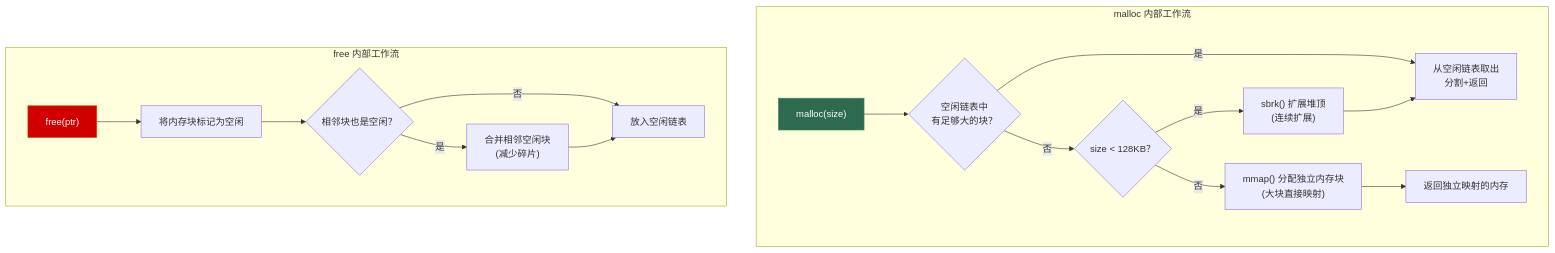
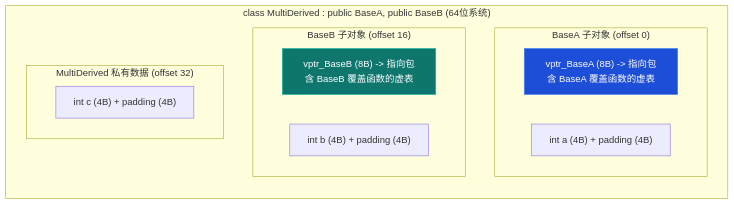
The second of 2 diagrams in src/content/posts/cpp_deep_dive/01_memory_model.md (Lumivers/firefly), drawn with Mermaid before and after one commit. The commit also changed other lines of this file and 18 other files, not shown here.

````diff
--- a/src/content/posts/cpp_deep_dive/01_memory_model.md
+++ b/src/content/posts/cpp_deep_dive/01_memory_model.md
@@ -631,23 +140,19 @@
 ```mermaid
 graph TD
-    subgraph "malloc 内部工作流"
-        A["malloc(size)"] --> B{"空闲链表中\n有足够大的块？"}
-        B -->|是| C["从空闲链表取出\n分割+返回"]
-        B -->|否| D{"size < 128KB？"}
-        D -->|是| E["sbrk() 扩展堆顶\n(连续扩展)"]
-        D -->|否| F["mmap() 分配独立内存块\n(大块直接映射)"]
-        E --> C
-        F --> G["返回独立映射的内存"]
+    subgraph "class MultiDerived : public BaseA, public BaseB (64位系统)"
+        direction TB
+        subgraph "BaseA 子对象 (offset 0)"
+            vptrA["vptr_BaseA (8B) -> 指向包含 BaseA 覆盖函数的虚表"]
+            dataA["int a (4B) + padding (4B)"]
+        end
+        subgraph "BaseB 子对象 (offset 16)"
+            vptrB["vptr_BaseB (8B) -> 指向包含 BaseB 覆盖函数的虚表"]
+            dataB["int b (4B) + padding (4B)"]
+        end
+        subgraph "MultiDerived 私有数据 (offset 32)"
+            dataC["int c (4B) + padding (4B)"]
+        end
     end
-
-    subgraph "free 内部工作流"
-        H["free(ptr)"] --> I["将内存块标记为空闲"]
-        I --> J{"相邻块也是空闲？"}
-        J -->|是| K["合并相邻空闲块\n(减少碎片)"]
-        J -->|否| L["放入空闲链表"]
-        K --> L
-    end
-
-    style A fill:#2d6a4f,stroke:#40916c,color:white
-    style H fill:#d00000,stroke:#e85d04,color:white
+    style vptrA fill:#1d4ed8,stroke:#3b82f6,color:white
+    style vptrB fill:#0f766e,stroke:#14b8a6,color:white
 ```
````
